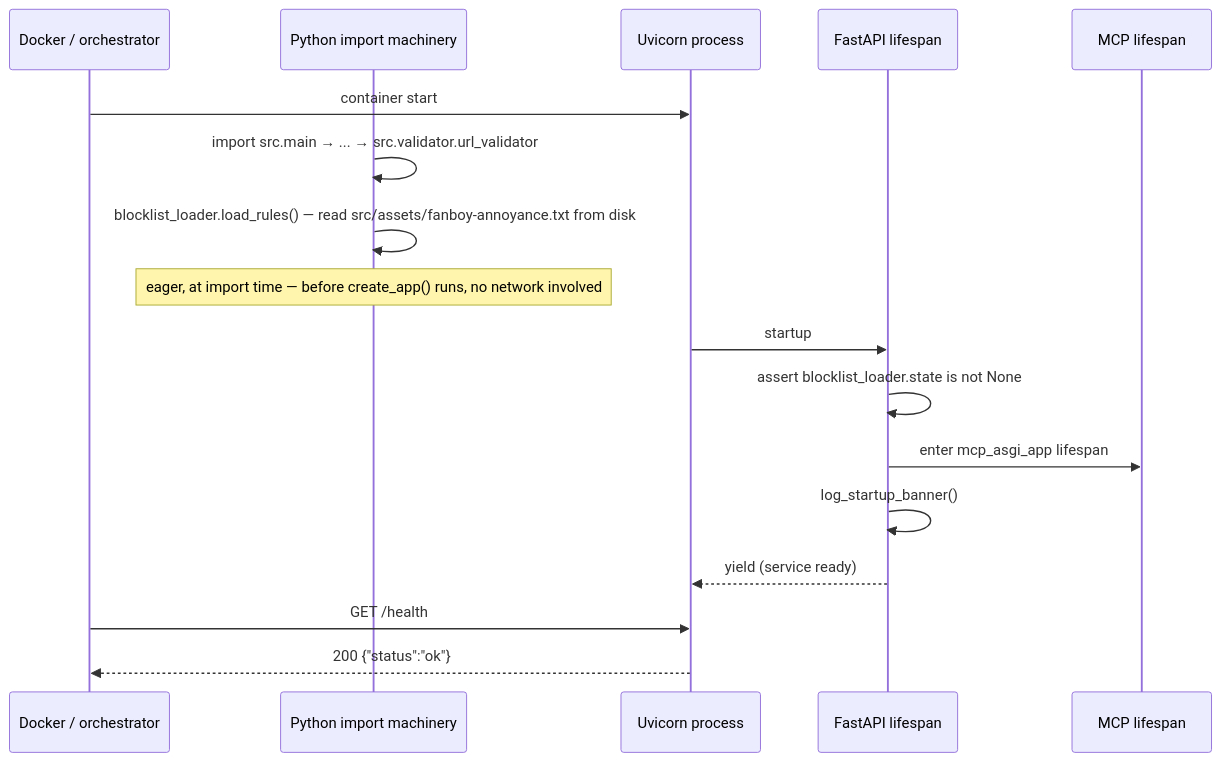
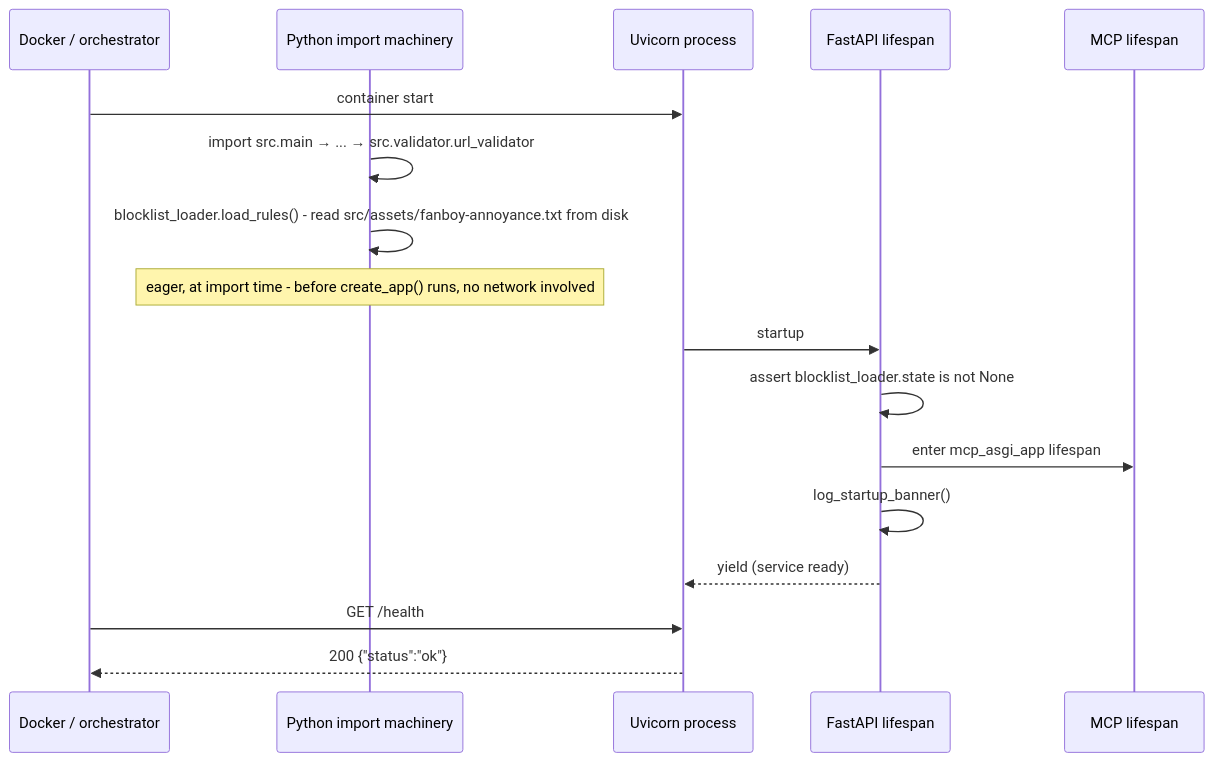
Before and after one commit to Lukk17/AscendAI: the first of 6 diagrams in apps/ascend-web-hunter/docs/architecture/arc42/06-runtime-view.md, drawn with Mermaid. The commit also changed other lines of this file and 1022 other files, not shown here.

````diff
--- a/apps/ascend-web-hunter/docs/architecture/arc42/06-runtime-view.md
+++ b/apps/ascend-web-hunter/docs/architecture/arc42/06-runtime-view.md
@@ -7,20 +7,20 @@
 ```mermaid
 sequenceDiagram
     participant Docker as Docker / orchestrator
     participant Python as Python import machinery
     participant Uvicorn as Uvicorn process
     participant Lifespan as FastAPI lifespan
     participant MCP as MCP lifespan
 
     Docker->>Uvicorn: container start
     Python->>Python: import src.main → ... → src.validator.url_validator
-    Python->>Python: blocklist_loader.load_rules() — read src/assets/fanboy-annoyance.txt from disk
-    Note over Python: eager, at import time — before create_app() runs, no network involved
+    Python->>Python: blocklist_loader.load_rules() - read src/assets/fanboy-annoyance.txt from disk
+    Note over Python: eager, at import time - before create_app() runs, no network involved
     Uvicorn->>Lifespan: startup
     Lifespan->>Lifespan: assert blocklist_loader.state is not None
     Lifespan->>MCP: enter mcp_asgi_app lifespan
     Lifespan->>Lifespan: log_startup_banner()
     Lifespan-->>Uvicorn: yield (service ready)
     Docker->>Uvicorn: GET /health
     Uvicorn-->>Docker: 200 {"status":"ok"}
 ```
````
